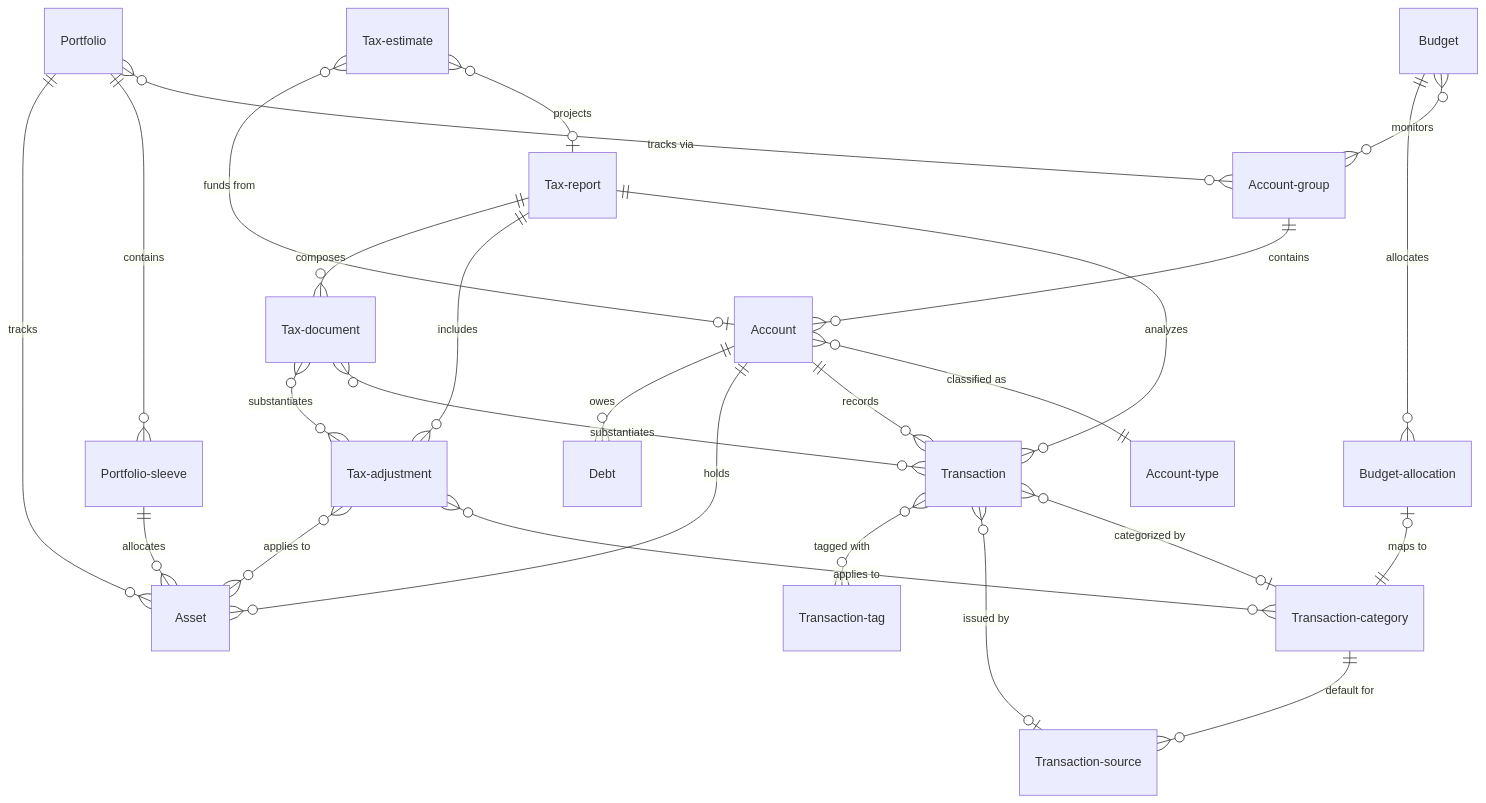
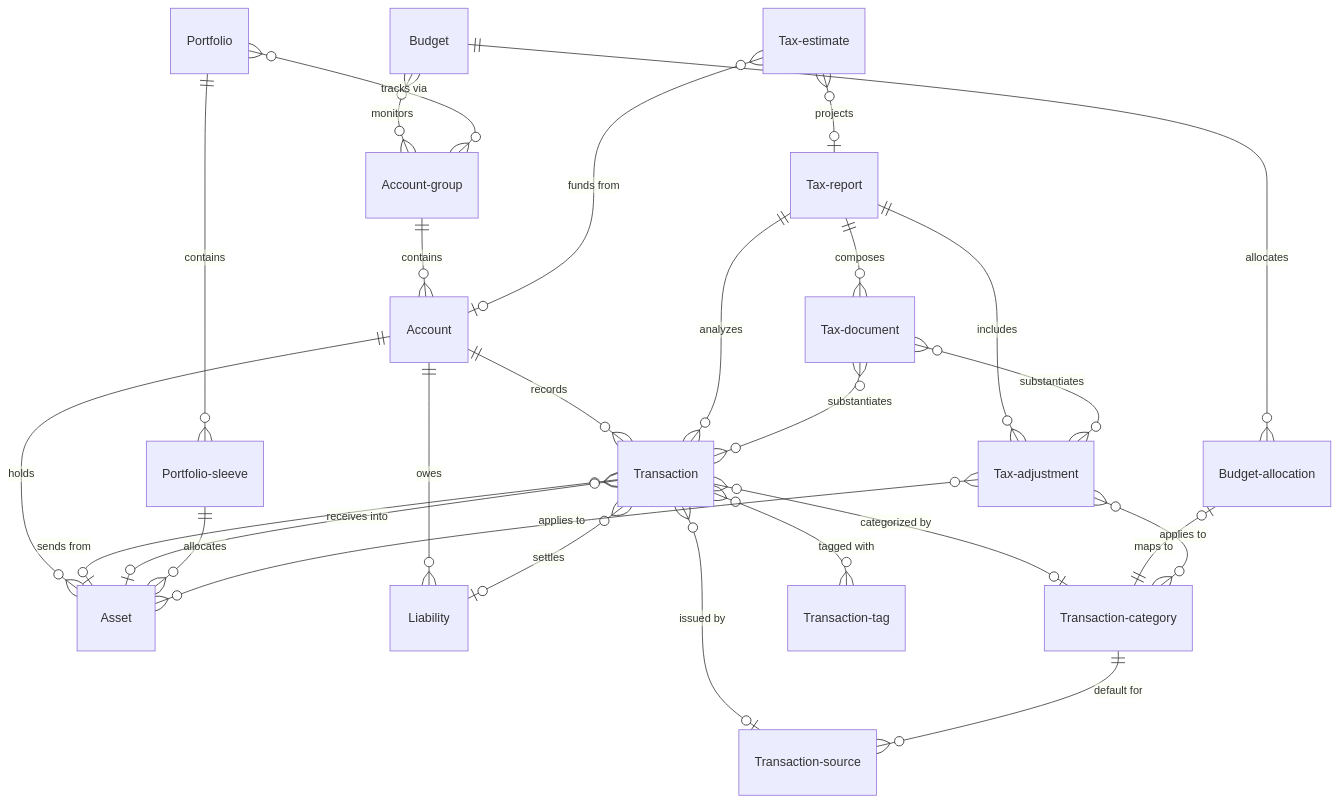
Before and after one commit to billdingwall/open-finance: the fourth of 7 diagrams in docs/_refinement/r6-review.md, drawn with Mermaid. The commit also changed other lines of this file and 3 other files, not shown here.

Commit message:
refactor: standardize object schemas, naming conventions, and transaction logic in documentation

````diff
--- a/docs/_refinement/r6-review.md
+++ b/docs/_refinement/r6-review.md
@@ -549,28 +605,29 @@
 ```mermaid
 erDiagram
     Account-group ||--o{ Account : "contains"
-    Account }o--|| Account-type : "classified as"
     Account ||--o{ Transaction : "records"
     Account ||--o{ Asset : "holds"
-    Account ||--o{ Debt : "owes"
+    Account ||--o{ Liability : "owes"
+    Transaction }o--o| Asset : "sends from"
+    Transaction }o--o| Asset : "receives into"
+    Transaction }o--o| Liability : "settles"
     Transaction }o--o| Transaction-category : "categorized by"
     Transaction }o--o| Transaction-source : "issued by"
     Transaction }o--o{ Transaction-tag : "tagged with"
     Transaction-category ||--o{ Transaction-source : "default for"
     Budget }o--o{ Account-group : "monitors"
     Budget ||--o{ Budget-allocation : "allocates"
     Budget-allocation |o--|| Transaction-category : "maps to"
     Portfolio }o--o{ Account-group : "tracks via"
     Portfolio ||--o{ Portfolio-sleeve : "contains"
-    Portfolio ||--o{ Asset : "tracks"
     Portfolio-sleeve ||--o{ Asset : "allocates"
     Tax-report ||--o{ Transaction : "analyzes"
     Tax-report ||--o{ Tax-adjustment : "includes"
     Tax-report ||--o{ Tax-document : "composes"
     Tax-adjustment }o--o{ Transaction-category : "applies to"
     Tax-adjustment }o--o{ Asset : "applies to"
     Tax-estimate }o--o| Tax-report : "projects"
     Tax-estimate }o--o| Account : "funds from"
     Tax-document }o--o{ Transaction : "substantiates"
     Tax-document }o--o{ Tax-adjustment : "substantiates"
 ```
````
